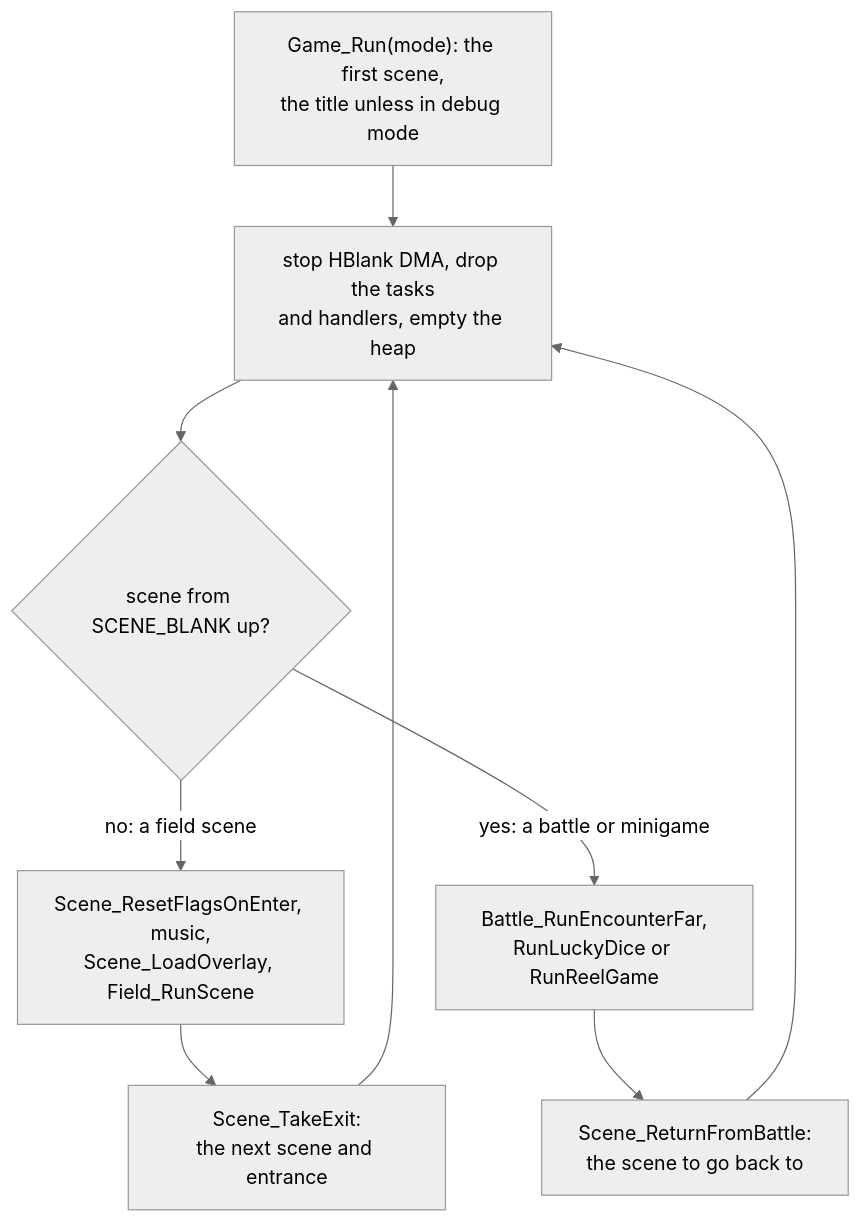
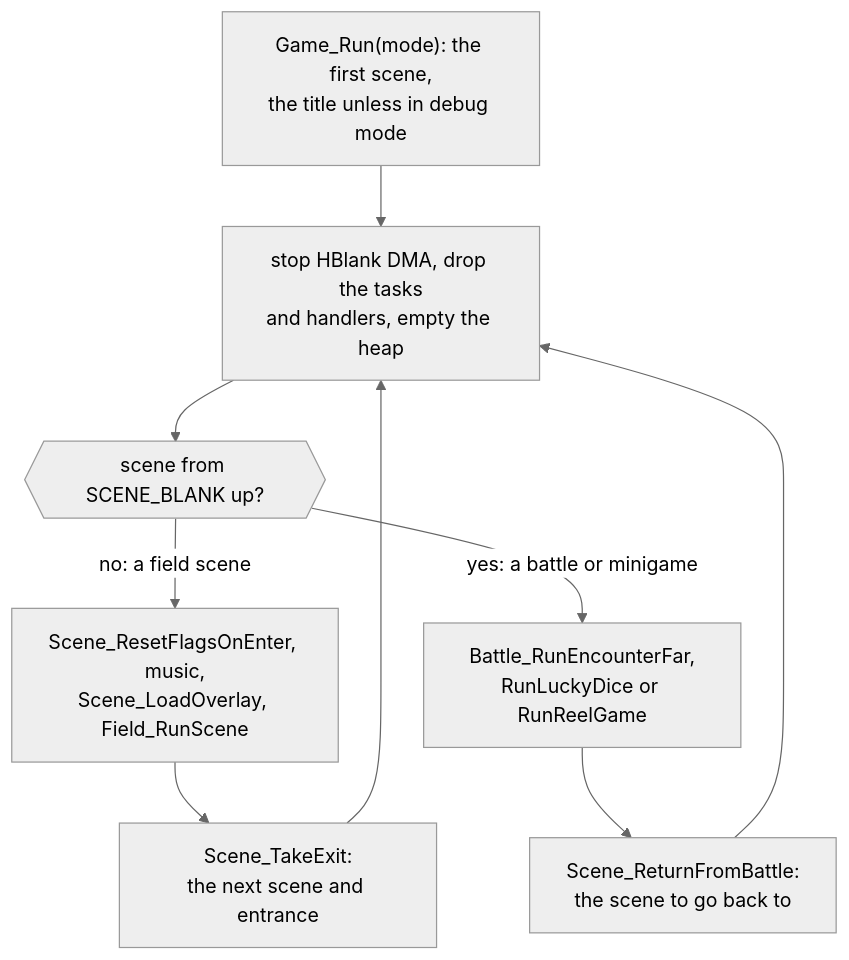
Before and after one commit to PascalPixel/alchemy: the first of 2 diagrams in games/tbs/README.md, drawn with Mermaid (neutral theme). The commit also changed other lines of this file and 17 other files, not shown here.

First line of the commit message:
Docs: diagrams that draw on the site

````diff
--- a/games/tbs/README.md
+++ b/games/tbs/README.md
@@ -17,11 +17,11 @@
 ```mermaid
 flowchart TD
     start["Game_Run(mode): the first scene,<br/>the title unless in debug mode"] --> clean["stop HBlank DMA, drop the tasks<br/>and handlers, empty the heap"]
-    clean --> kind{"scene from SCENE_BLANK up?"}
+    clean --> kind{{"scene from SCENE_BLANK up?"}}
     kind -->|"no: a field scene"| field["Scene_ResetFlagsOnEnter, music,<br/>Scene_LoadOverlay, Field_RunScene"]
     field --> exit["Scene_TakeExit:<br/>the next scene and entrance"]
     kind -->|"yes: a battle or minigame"| battle["Battle_RunEncounterFar,<br/>RunLuckyDice or RunReelGame"]
     battle --> back["Scene_ReturnFromBattle:<br/>the scene to go back to"]
     exit --> clean
     back --> clean
 ```
````
